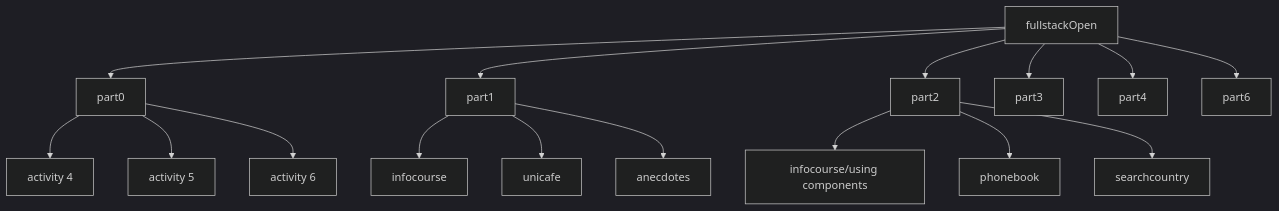
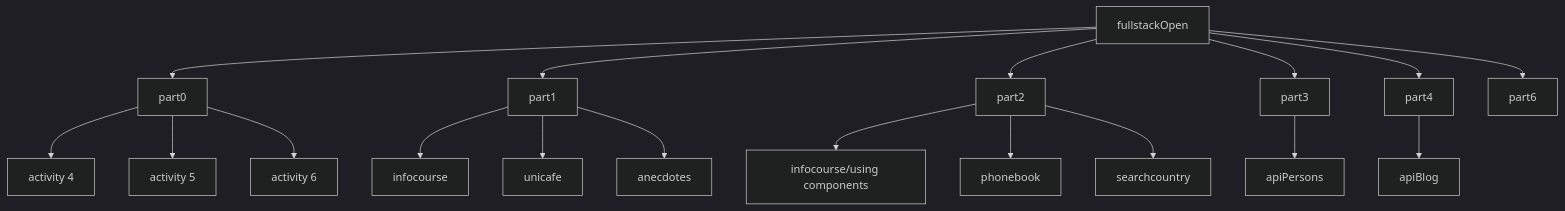
Before and after one commit to Aushzlten12/fullstackOpen: the diagram in README.md, drawn with Mermaid (dark theme).

````diff
--- a/README.md
+++ b/README.md
@@ -3,19 +3,21 @@
 ```mermaid
 graph TD
   A[fullstackOpen]
   A --> B[part0]
   A --> C[part1]
   A --> D[part2]
   A --> E[part3]
   A --> F[part4]
   A --> G[part6]
   B --> H[activity 4]
   B --> I[activity 5]
   B --> J[activity 6]
   C --> K[infocourse]
   C --> L[unicafe]
   C --> M[anecdotes]
   D --> N[infocourse/using components]
   D --> O[phonebook]
   D --> P[searchcountry]
+  E --> Q[apiPersons]
+  F --> R[apiBlog]
 ```
````
